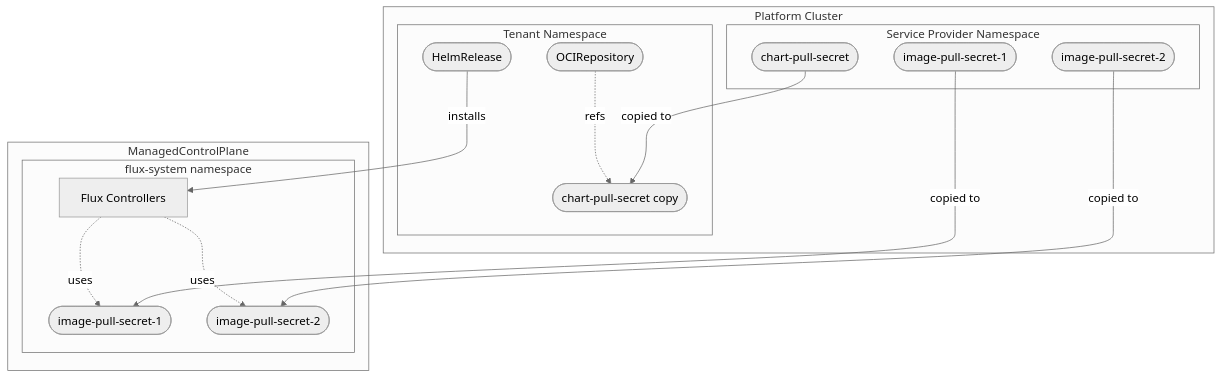
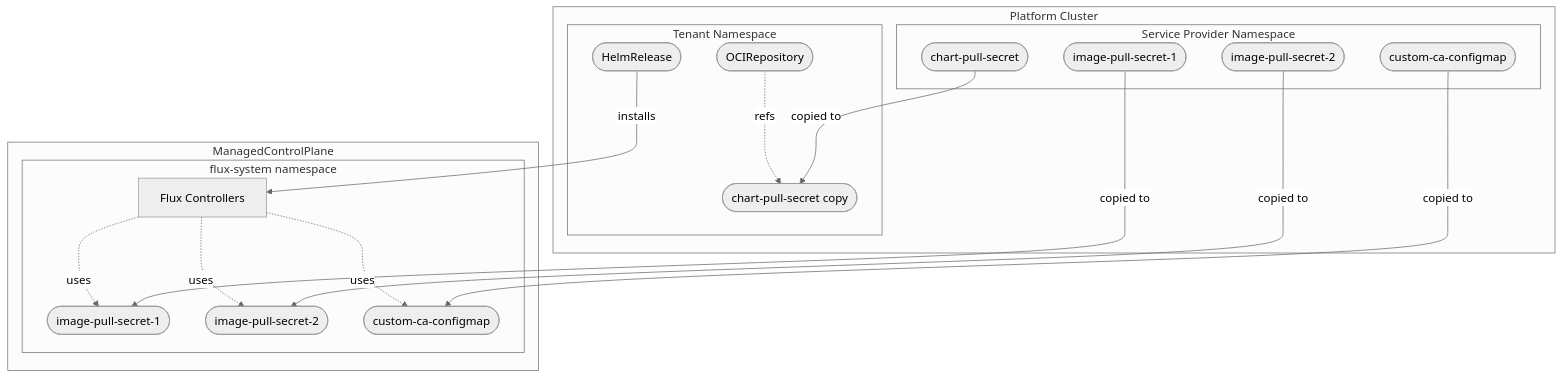
One commit to openmcp-project/service-provider-flux changed the diagram in docs/configuration/image-localization.md. Above: the diagram before and after it, drawn with Mermaid (neutral theme). The commit also changed other lines of this file and 17 other files, not shown here.

````diff
--- a/docs/configuration/image-localization.md
+++ b/docs/configuration/image-localization.md
@@ -21,33 +23,37 @@
 ```mermaid
 flowchart TB
 
   subgraph PC[Platform Cluster]
     subgraph SPN[Service Provider Namespace]
       chartsecret([chart-pull-secret])
+      caconfigmap([custom-ca-configmap])
       imgsecret1([image-pull-secret-1])
       imgsecret2([image-pull-secret-2])
     end
 
     subgraph TN[Tenant Namespace]
       chartsecretcopy([chart-pull-secret copy])
       ocirepo([OCIRepository])
       helmrel([HelmRelease])
       ocirepo -. refs .-> chartsecretcopy
     end
   end
 
   subgraph MCP[ManagedControlPlane]
     subgraph FS[flux-system namespace]
       imgcopy1([image-pull-secret-1])
       imgcopy2([image-pull-secret-2])
+      caconfigmapcopy([custom-ca-configmap])
       fluxctrl[Flux Controllers]
       fluxctrl -. uses .-> imgcopy1
       fluxctrl -. uses .-> imgcopy2
+      fluxctrl -. uses .-> caconfigmapcopy
     end
   end
 
   chartsecret -- copied to --> chartsecretcopy
   imgsecret1 -- copied to --> imgcopy1
   imgsecret2 -- copied to --> imgcopy2
+  caconfigmap -- copied to --> caconfigmapcopy
   helmrel -- installs --> fluxctrl
 ```
````
